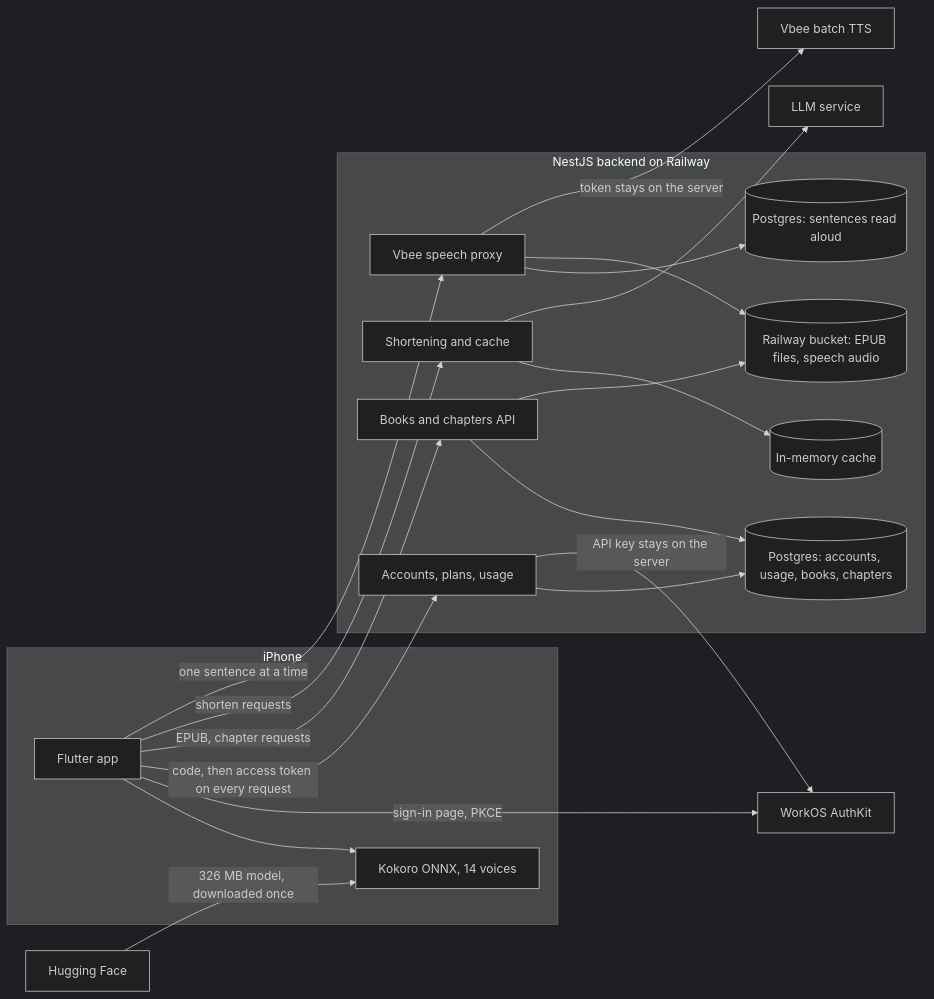
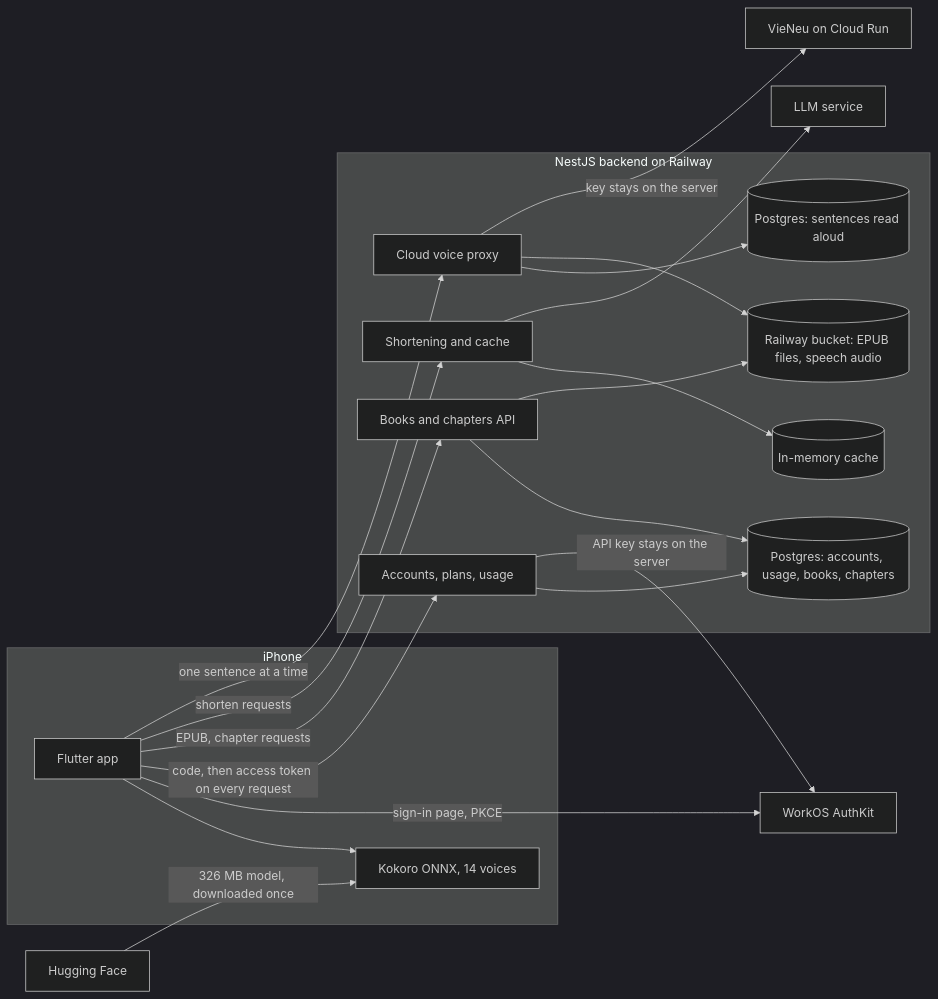
One commit to tinwritescode/ereader-ai changed the second of 2 diagrams in README.md. Above: the diagram before and after it, drawn with Mermaid (dark theme). The commit also changed other lines of this file and 11 other files, not shown here.

First line of the commit message:
Name the app's cloud voices after what they are, not Vbee

````diff
--- a/README.md
+++ b/README.md
@@ -71,40 +71,40 @@
 ```mermaid
 flowchart LR
     subgraph phone["iPhone"]
         ui["Flutter app"]
         tts["Kokoro ONNX, 14 voices"]
         ui --> tts
     end
 
     subgraph server["NestJS backend on Railway"]
         api["Books and chapters API"]
         digest["Shortening and cache"]
-        speech["Vbee speech proxy"]
+        speech["Cloud voice proxy"]
         accounts["Accounts, plans, usage"]
         memory[("In-memory cache")]
         db[("Postgres: accounts, usage, books, chapters")]
         digest --> memory
         api --> db
         accounts --> db
         clips[("Postgres: sentences read aloud")]
         bucket[("Railway bucket: EPUB files, speech audio")]
         api --> bucket
         speech --> clips
         speech --> bucket
     end
 
     llm["LLM service"]
     hf["Hugging Face"]
-    vbee["Vbee batch TTS"]
+    gcloud["VieNeu on Cloud Run"]
     workos["WorkOS AuthKit"]
 
     ui -- "sign-in page, PKCE" --> workos
     ui -- "code, then access token on every request" --> accounts
     accounts -- "API key stays on the server" --> workos
     ui -- "EPUB, chapter requests" --> api
     ui -- "shorten requests" --> digest
     digest --> llm
     hf -- "326 MB model, downloaded once" --> tts
     ui -- "one sentence at a time" --> speech
-    speech -- "token stays on the server" --> vbee
+    speech -- "key stays on the server" --> gcloud
 ```
````
